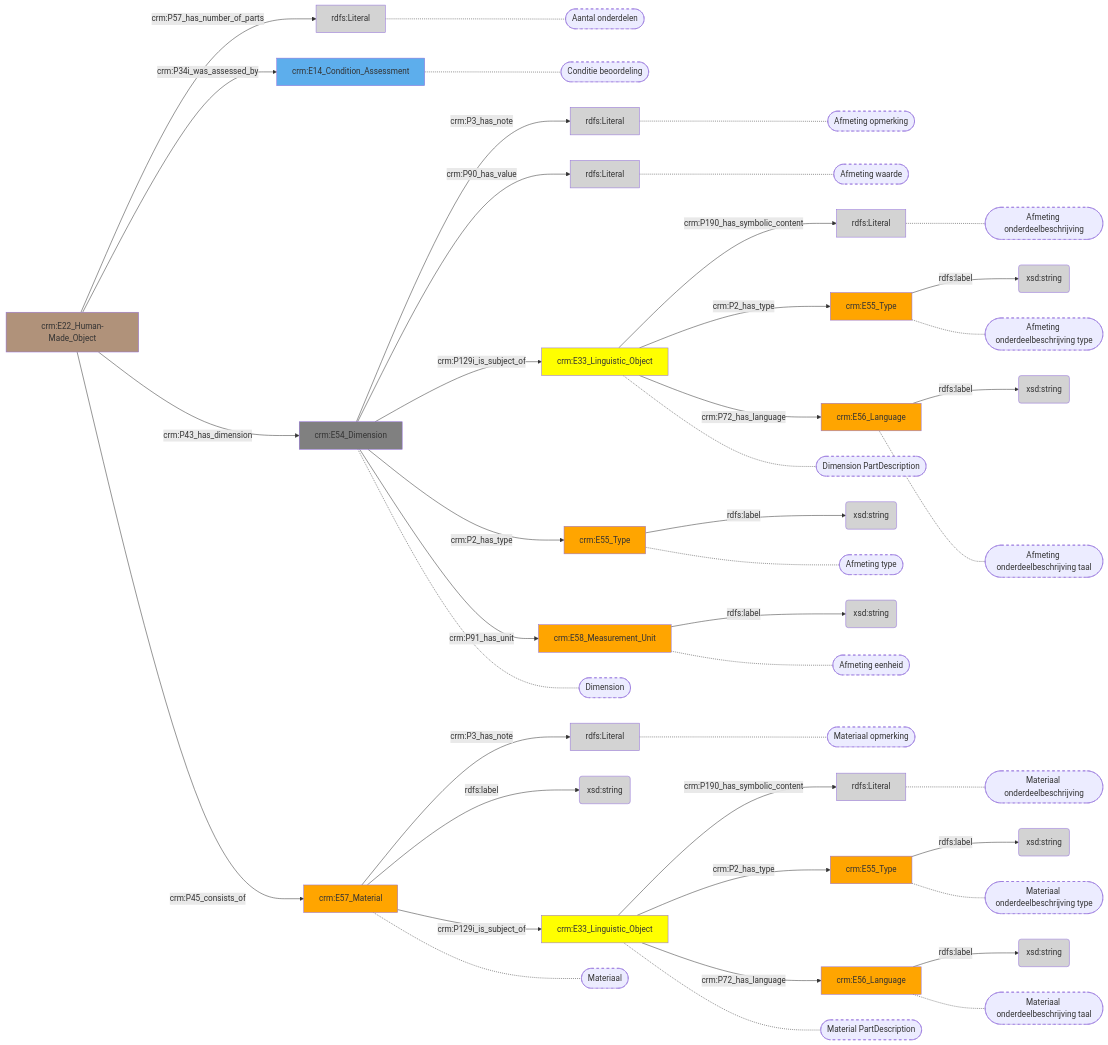
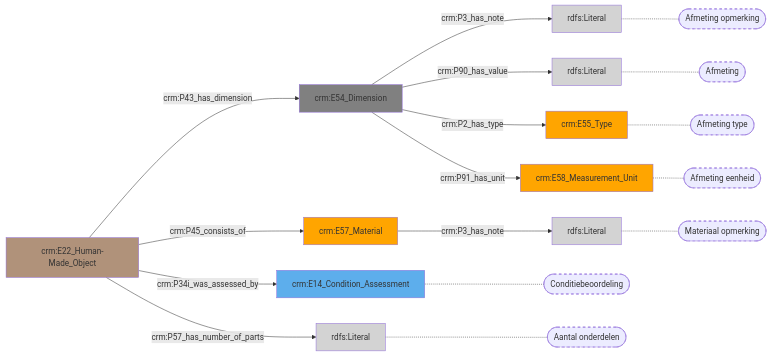
Before and after one commit to digipolisantwerpdocumentation/antwerp-cultureel-erfgoed: the diagram in docs/content/modellen/MuseologicalObject/FysiekeKenmerken.md, drawn with Mermaid. The commit also changed 170 other files, not shown here.

````diff
--- a/docs/content/modellen/MuseologicalObject/FysiekeKenmerken.md
+++ b/docs/content/modellen/MuseologicalObject/FysiekeKenmerken.md
@@ -1,86 +1,36 @@
 ```mermaid
 graph LR
-59747a84-eda1-11ed-9232-00163e71351b["crm:E54_Dimension"]-->|"crm:P3_has_note"|5974879a-eda1-11ed-9232-00163e71351b(rdfs:Literal)
-59747a84-eda1-11ed-9232-00163e71351b["crm:E54_Dimension"]-->|"crm:P90_has_value"|59748326-eda1-11ed-9232-00163e71351b(rdfs:Literal)
-59747fc0-eda1-11ed-9232-00163e71351b["crm:E55_Type"]-->|"rdfs:label"|597484a2-eda1-11ed-9232-00163e71351b(xsd:string)
-59748196-eda1-11ed-9232-00163e71351b["crm:E58_Measurement_Unit"]-->|"rdfs:label"|5974861e-eda1-11ed-9232-00163e71351b(xsd:string)
-7e1bc518-eda1-11ed-a1e6-00163e71351b["crm:E57_Material"]-->|"crm:P3_has_note"|7e1bcbf8-eda1-11ed-a1e6-00163e71351b(rdfs:Literal)
-7e1bc518-eda1-11ed-a1e6-00163e71351b["crm:E57_Material"]-->|"rdfs:label"|7e1bce5a-eda1-11ed-a1e6-00163e71351b(xsd:string)
-8f134cd4-588a-11ee-974d-00163e71351b["crm:E33_Linguistic_Object"]-->|"crm:P190_has_symbolic_content"|8f1352b0-588a-11ee-974d-00163e71351b(rdfs:Literal)
-8f135080-588a-11ee-974d-00163e71351b["crm:E55_Type"]-->|"rdfs:label"|8f135486-588a-11ee-974d-00163e71351b(xsd:string)
-8f1351b6-588a-11ee-974d-00163e71351b["crm:E56_Language"]-->|"rdfs:label"|8f135396-588a-11ee-974d-00163e71351b(xsd:string)
-d898e09e-588a-11ee-a9ac-00163e71351b["crm:E33_Linguistic_Object"]-->|"crm:P190_has_symbolic_content"|d898e698-588a-11ee-a9ac-00163e71351b(rdfs:Literal)
-d898e454-588a-11ee-a9ac-00163e71351b["crm:E55_Type"]-->|"rdfs:label"|d898e86e-588a-11ee-a9ac-00163e71351b(xsd:string)
-d898e59e-588a-11ee-a9ac-00163e71351b["crm:E56_Language"]-->|"rdfs:label"|d898e77e-588a-11ee-a9ac-00163e71351b(xsd:string)
-fa95cea2-dd27-11ed-9655-00163e71351b["crm:E22_Human-Made_Object"]-->|"crm:P57_has_number_of_parts"|759508af-b08e-11ee-b5a9-960002548b4f(rdfs:Literal)
-59747a84-eda1-11ed-9232-00163e71351b["crm:E54_Dimension"]-->|"crm:P129i_is_subject_of"|d898e09e-588a-11ee-a9ac-00163e71351b["crm:E33_Linguistic_Object"]
-59747a84-eda1-11ed-9232-00163e71351b["crm:E54_Dimension"]-->|"crm:P2_has_type"|59747fc0-eda1-11ed-9232-00163e71351b["crm:E55_Type"]
-59747a84-eda1-11ed-9232-00163e71351b["crm:E54_Dimension"]-->|"crm:P91_has_unit"|59748196-eda1-11ed-9232-00163e71351b["crm:E58_Measurement_Unit"]
-7e1bc518-eda1-11ed-a1e6-00163e71351b["crm:E57_Material"]-->|"crm:P129i_is_subject_of"|8f134cd4-588a-11ee-974d-00163e71351b["crm:E33_Linguistic_Object"]
-8f134cd4-588a-11ee-974d-00163e71351b["crm:E33_Linguistic_Object"]-->|"crm:P2_has_type"|8f135080-588a-11ee-974d-00163e71351b["crm:E55_Type"]
-8f134cd4-588a-11ee-974d-00163e71351b["crm:E33_Linguistic_Object"]-->|"crm:P72_has_language"|8f1351b6-588a-11ee-974d-00163e71351b["crm:E56_Language"]
-d898e09e-588a-11ee-a9ac-00163e71351b["crm:E33_Linguistic_Object"]-->|"crm:P2_has_type"|d898e454-588a-11ee-a9ac-00163e71351b["crm:E55_Type"]
-d898e09e-588a-11ee-a9ac-00163e71351b["crm:E33_Linguistic_Object"]-->|"crm:P72_has_language"|d898e59e-588a-11ee-a9ac-00163e71351b["crm:E56_Language"]
-fa95cea2-dd27-11ed-9655-00163e71351b["crm:E22_Human-Made_Object"]-->|"crm:P34i_was_assessed_by"|52aebf5e-62c5-11ee-974d-00163e71351b["crm:E14_Condition_Assessment"]
-fa95cea2-dd27-11ed-9655-00163e71351b["crm:E22_Human-Made_Object"]-->|"crm:P43_has_dimension"|59747a84-eda1-11ed-9232-00163e71351b["crm:E54_Dimension"]
-fa95cea2-dd27-11ed-9655-00163e71351b["crm:E22_Human-Made_Object"]-->|"crm:P45_consists_of"|7e1bc518-eda1-11ed-a1e6-00163e71351b["crm:E57_Material"]
-d898e09e-588a-11ee-a9ac-00163e71351b["crm:E33_Linguistic_Object"]-.-d898e09e-588a-11ee-a9ac-00163e71351b_s(["Dimension PartDescription"])
-59747fc0-eda1-11ed-9232-00163e71351b["crm:E55_Type"]-.-59747fc0-eda1-11ed-9232-00163e71351b_s(["Afmeting type"])
-5974879a-eda1-11ed-9232-00163e71351b["rdfs:Literal"]-.-5974879a-eda1-11ed-9232-00163e71351b_s(["Afmeting opmerking"])
-59748326-eda1-11ed-9232-00163e71351b["rdfs:Literal"]-.-59748326-eda1-11ed-9232-00163e71351b_s(["Afmeting waarde"])
-59748196-eda1-11ed-9232-00163e71351b["crm:E58_Measurement_Unit"]-.-59748196-eda1-11ed-9232-00163e71351b_s(["Afmeting eenheid"])
-8f134cd4-588a-11ee-974d-00163e71351b["crm:E33_Linguistic_Object"]-.-8f134cd4-588a-11ee-974d-00163e71351b_s(["Material PartDescription"])
-7e1bcbf8-eda1-11ed-a1e6-00163e71351b["rdfs:Literal"]-.-7e1bcbf8-eda1-11ed-a1e6-00163e71351b_s(["Materiaal opmerking"])
-8f1352b0-588a-11ee-974d-00163e71351b["rdfs:Literal"]-.-8f1352b0-588a-11ee-974d-00163e71351b_s(["Materiaal onderdeelbeschrijving"])
-8f135080-588a-11ee-974d-00163e71351b["crm:E55_Type"]-.-8f135080-588a-11ee-974d-00163e71351b_s(["Materiaal onderdeelbeschrijving type"])
-8f1351b6-588a-11ee-974d-00163e71351b["crm:E56_Language"]-.-8f1351b6-588a-11ee-974d-00163e71351b_s(["Materiaal onderdeelbeschrijving taal"])
-d898e698-588a-11ee-a9ac-00163e71351b["rdfs:Literal"]-.-d898e698-588a-11ee-a9ac-00163e71351b_s(["Afmeting onderdeelbeschrijving"])
-d898e454-588a-11ee-a9ac-00163e71351b["crm:E55_Type"]-.-d898e454-588a-11ee-a9ac-00163e71351b_s(["Afmeting onderdeelbeschrijving type"])
-d898e59e-588a-11ee-a9ac-00163e71351b["crm:E56_Language"]-.-d898e59e-588a-11ee-a9ac-00163e71351b_s(["Afmeting onderdeelbeschrijving taal"])
-52aebf5e-62c5-11ee-974d-00163e71351b["crm:E14_Condition_Assessment"]-.-52aebf5e-62c5-11ee-974d-00163e71351b_s(["Conditie beoordeling"])
-59747a84-eda1-11ed-9232-00163e71351b["crm:E54_Dimension"]-.-59747a84-eda1-11ed-9232-00163e71351b_s(["Dimension"])
-7e1bc518-eda1-11ed-a1e6-00163e71351b["crm:E57_Material"]-.-7e1bc518-eda1-11ed-a1e6-00163e71351b_s(["Materiaal"])
-759508af-b08e-11ee-b5a9-960002548b4f["rdfs:Literal"]-.-759508af-b08e-11ee-b5a9-960002548b4f_s(["Aantal onderdelen"])
-style d898e09e-588a-11ee-a9ac-00163e71351b_s stroke-dasharray: 5
-style 59747fc0-eda1-11ed-9232-00163e71351b_s stroke-dasharray: 5
-style 5974879a-eda1-11ed-9232-00163e71351b_s stroke-dasharray: 5
-style 59748326-eda1-11ed-9232-00163e71351b_s stroke-dasharray: 5
-style 59748196-eda1-11ed-9232-00163e71351b_s stroke-dasharray: 5
-style 8f134cd4-588a-11ee-974d-00163e71351b_s stroke-dasharray: 5
-style 7e1bcbf8-eda1-11ed-a1e6-00163e71351b_s stroke-dasharray: 5
-style 8f1352b0-588a-11ee-974d-00163e71351b_s stroke-dasharray: 5
-style 8f135080-588a-11ee-974d-00163e71351b_s stroke-dasharray: 5
-style 8f1351b6-588a-11ee-974d-00163e71351b_s stroke-dasharray: 5
-style d898e698-588a-11ee-a9ac-00163e71351b_s stroke-dasharray: 5
-style d898e454-588a-11ee-a9ac-00163e71351b_s stroke-dasharray: 5
-style d898e59e-588a-11ee-a9ac-00163e71351b_s stroke-dasharray: 5
-style 52aebf5e-62c5-11ee-974d-00163e71351b_s stroke-dasharray: 5
-style 59747a84-eda1-11ed-9232-00163e71351b_s stroke-dasharray: 5
-style 7e1bc518-eda1-11ed-a1e6-00163e71351b_s stroke-dasharray: 5
-style 759508af-b08e-11ee-b5a9-960002548b4f_s stroke-dasharray: 5
 style 52aebf5e-62c5-11ee-974d-00163e71351b fill:#5DAEEC
 style 59747a84-eda1-11ed-9232-00163e71351b fill:#808080
 style 59747fc0-eda1-11ed-9232-00163e71351b fill:#ffa500
 style 59748196-eda1-11ed-9232-00163e71351b fill:#ffa500
 style 59748326-eda1-11ed-9232-00163e71351b fill:#D3D3D3
-style 597484a2-eda1-11ed-9232-00163e71351b fill:#D3D3D3
-style 5974861e-eda1-11ed-9232-00163e71351b fill:#D3D3D3
 style 5974879a-eda1-11ed-9232-00163e71351b fill:#D3D3D3
 style 759508af-b08e-11ee-b5a9-960002548b4f fill:#D3D3D3
 style 7e1bc518-eda1-11ed-a1e6-00163e71351b fill:#ffa500
 style 7e1bcbf8-eda1-11ed-a1e6-00163e71351b fill:#D3D3D3
-style 7e1bce5a-eda1-11ed-a1e6-00163e71351b fill:#D3D3D3
-style 8f134cd4-588a-11ee-974d-00163e71351b fill:#ffff00
-style 8f135080-588a-11ee-974d-00163e71351b fill:#ffa500
-style 8f1351b6-588a-11ee-974d-00163e71351b fill:#ffa500
-style 8f1352b0-588a-11ee-974d-00163e71351b fill:#D3D3D3
-style 8f135396-588a-11ee-974d-00163e71351b fill:#D3D3D3
-style 8f135486-588a-11ee-974d-00163e71351b fill:#D3D3D3
-style d898e09e-588a-11ee-a9ac-00163e71351b fill:#ffff00
-style d898e454-588a-11ee-a9ac-00163e71351b fill:#ffa500
-style d898e59e-588a-11ee-a9ac-00163e71351b fill:#ffa500
-style d898e698-588a-11ee-a9ac-00163e71351b fill:#D3D3D3
-style d898e77e-588a-11ee-a9ac-00163e71351b fill:#D3D3D3
-style d898e86e-588a-11ee-a9ac-00163e71351b fill:#D3D3D3
 style fa95cea2-dd27-11ed-9655-00163e71351b fill:#B0927A
+59747a84-eda1-11ed-9232-00163e71351b["crm:E54_Dimension"]-->|"crm:P3_has_note"|5974879a-eda1-11ed-9232-00163e71351b(rdfs:Literal)
+59747a84-eda1-11ed-9232-00163e71351b["crm:E54_Dimension"]-->|"crm:P90_has_value"|59748326-eda1-11ed-9232-00163e71351b(rdfs:Literal)
+7e1bc518-eda1-11ed-a1e6-00163e71351b["crm:E57_Material"]-->|"crm:P3_has_note"|7e1bcbf8-eda1-11ed-a1e6-00163e71351b(rdfs:Literal)
+fa95cea2-dd27-11ed-9655-00163e71351b["crm:E22_Human-Made_Object"]-->|"crm:P57_has_number_of_parts"|759508af-b08e-11ee-b5a9-960002548b4f(rdfs:Literal)
+style 59747fc0-eda1-11ed-9232-00163e71351b_s stroke-dasharray: 5
+style 5974879a-eda1-11ed-9232-00163e71351b_s stroke-dasharray: 5
+style 59748326-eda1-11ed-9232-00163e71351b_s stroke-dasharray: 5
+style 59748196-eda1-11ed-9232-00163e71351b_s stroke-dasharray: 5
+style 7e1bcbf8-eda1-11ed-a1e6-00163e71351b_s stroke-dasharray: 5
+style 52aebf5e-62c5-11ee-974d-00163e71351b_s stroke-dasharray: 5
+style 759508af-b08e-11ee-b5a9-960002548b4f_s stroke-dasharray: 5
+59747fc0-eda1-11ed-9232-00163e71351b["crm:E55_Type"]-.-59747fc0-eda1-11ed-9232-00163e71351b_s(["Afmeting type"])
+5974879a-eda1-11ed-9232-00163e71351b["rdfs:Literal"]-.-5974879a-eda1-11ed-9232-00163e71351b_s(["Afmeting opmerking"])
+59748326-eda1-11ed-9232-00163e71351b["rdfs:Literal"]-.-59748326-eda1-11ed-9232-00163e71351b_s(["Afmeting"])
+59748196-eda1-11ed-9232-00163e71351b["crm:E58_Measurement_Unit"]-.-59748196-eda1-11ed-9232-00163e71351b_s(["Afmeting eenheid"])
+7e1bcbf8-eda1-11ed-a1e6-00163e71351b["rdfs:Literal"]-.-7e1bcbf8-eda1-11ed-a1e6-00163e71351b_s(["Materiaal opmerking"])
+52aebf5e-62c5-11ee-974d-00163e71351b["crm:E14_Condition_Assessment"]-.-52aebf5e-62c5-11ee-974d-00163e71351b_s(["Conditiebeoordeling"])
+759508af-b08e-11ee-b5a9-960002548b4f["rdfs:Literal"]-.-759508af-b08e-11ee-b5a9-960002548b4f_s(["Aantal onderdelen"])
+59747a84-eda1-11ed-9232-00163e71351b["crm:E54_Dimension"]-->|"crm:P2_has_type"|59747fc0-eda1-11ed-9232-00163e71351b["crm:E55_Type"]
+59747a84-eda1-11ed-9232-00163e71351b["crm:E54_Dimension"]-->|"crm:P91_has_unit"|59748196-eda1-11ed-9232-00163e71351b["crm:E58_Measurement_Unit"]
+fa95cea2-dd27-11ed-9655-00163e71351b["crm:E22_Human-Made_Object"]-->|"crm:P34i_was_assessed_by"|52aebf5e-62c5-11ee-974d-00163e71351b["crm:E14_Condition_Assessment"]
+fa95cea2-dd27-11ed-9655-00163e71351b["crm:E22_Human-Made_Object"]-->|"crm:P43_has_dimension"|59747a84-eda1-11ed-9232-00163e71351b["crm:E54_Dimension"]
+fa95cea2-dd27-11ed-9655-00163e71351b["crm:E22_Human-Made_Object"]-->|"crm:P45_consists_of"|7e1bc518-eda1-11ed-a1e6-00163e71351b["crm:E57_Material"]
 ```
````
